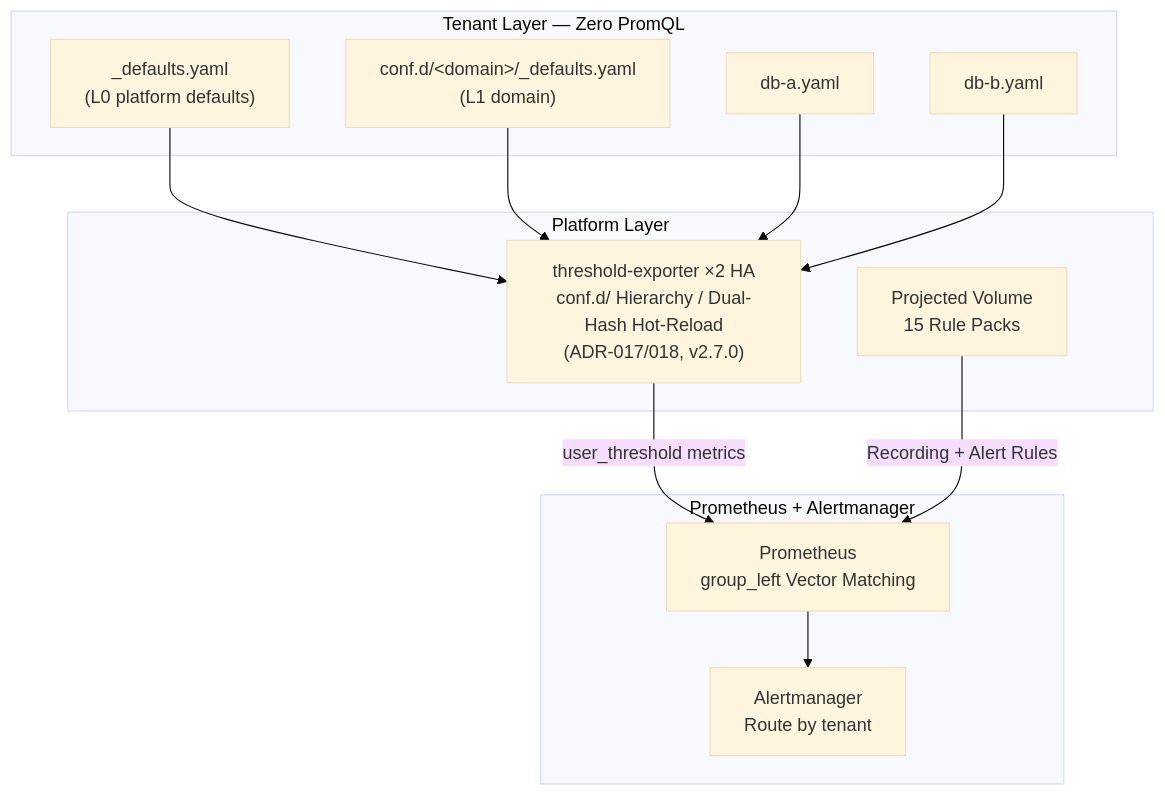
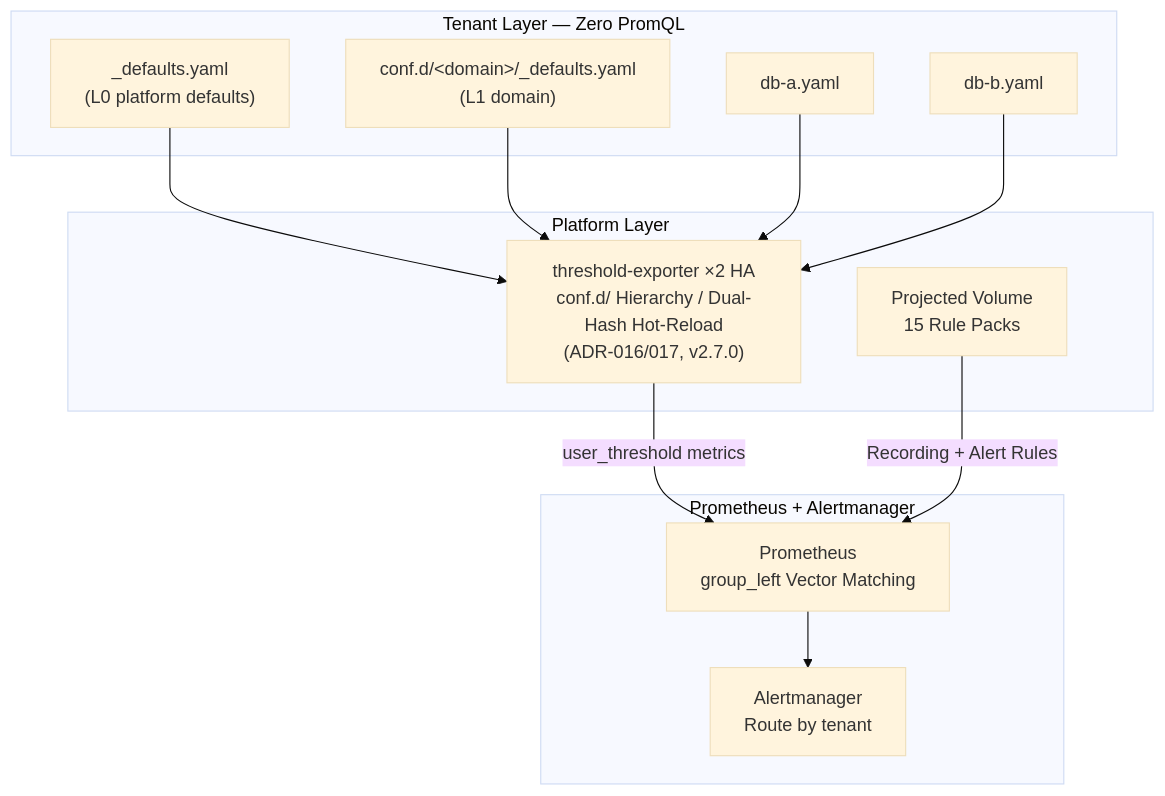
Before and after one commit to vencil/Dynamic-Alerting-Integrations: the diagram in README.en.md, drawn with Mermaid (base theme). The commit also changed other lines of this file and 132 other files, not shown here.

````diff
--- a/README.en.md
+++ b/README.en.md
@@ -35,27 +35,27 @@
 ```mermaid
 graph TD
     subgraph TL["Tenant Layer — Zero PromQL"]
         D["_defaults.yaml<br/>(L0 platform defaults)"]
         DOM["conf.d/&lt;domain&gt;/_defaults.yaml<br/>(L1 domain)"]
         T1["db-a.yaml"]
         T2["db-b.yaml"]
     end
 
     subgraph PL["Platform Layer"]
-        TE["threshold-exporter ×2 HA<br/>conf.d/ Hierarchy / Dual-Hash Hot-Reload<br/>(ADR-017/018, v2.7.0)"]
+        TE["threshold-exporter ×2 HA<br/>conf.d/ Hierarchy / Dual-Hash Hot-Reload<br/>(ADR-016/017, v2.7.0)"]
         RP["Projected Volume<br/>15 Rule Packs"]
     end
 
     subgraph PE["Prometheus + Alertmanager"]
         PROM["Prometheus<br/>group_left Vector Matching"]
         AM["Alertmanager<br/>Route by tenant"]
     end
 
     D --> TE
     DOM --> TE
     T1 --> TE
     T2 --> TE
     TE -->|user_threshold metrics| PROM
     RP -->|Recording + Alert Rules| PROM
     PROM --> AM
 ```
````
